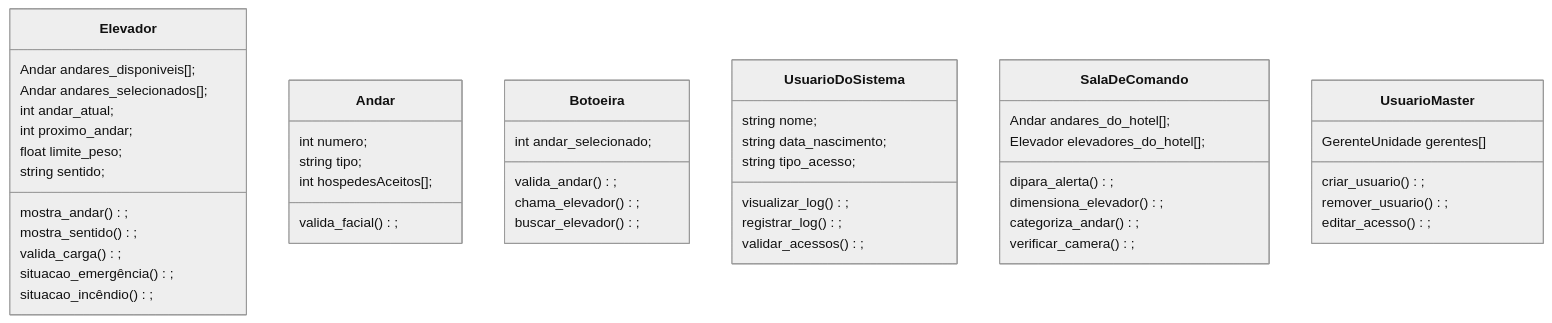
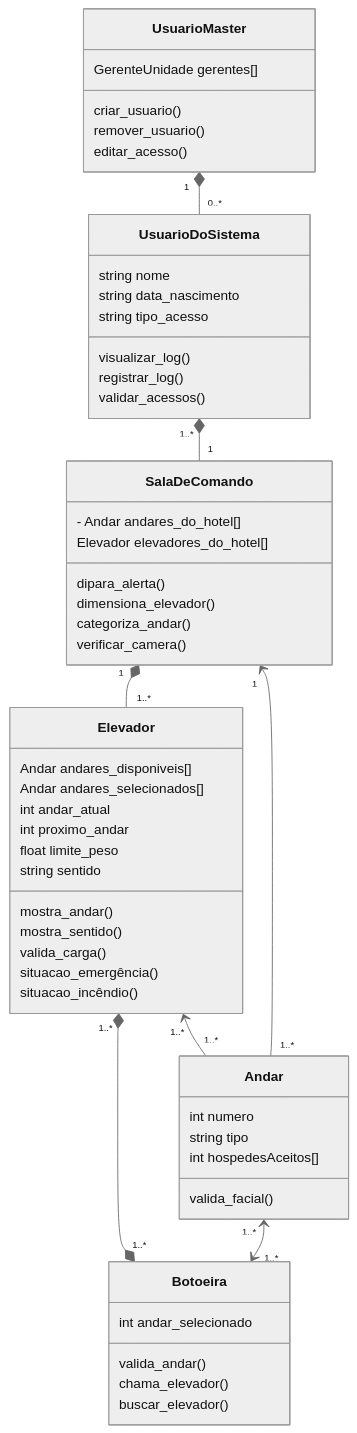
One commit to HenriqueFinatti/Modelagem_De_Software_Projeto_2 changed the diagram in Diagramas/Classes/classes.md. Above: the diagram before and after it, drawn with Mermaid (neutral theme). The commit also changed 2 other files, not shown here.

Commit message:
diagrama de classe

````diff
--- a/Diagramas/Classes/classes.md
+++ b/Diagramas/Classes/classes.md
@@ -1,58 +1,64 @@
 ```mermaid
 classDiagram
 
 class Elevador{
-    Andar andares_disponiveis[];
-    Andar andares_selecionados[];
-    int andar_atual;
-    int proximo_andar;
-    float limite_peso;
-    string sentido;
-    mostra_andar();
-    mostra_sentido();  
-    valida_carga(); 
-    situacao_emergência();
-    situacao_incêndio();   
+    Andar andares_disponiveis[]
+    Andar andares_selecionados[]
+    int andar_atual
+    int proximo_andar
+    float limite_peso
+    string sentido
+    mostra_andar()
+    mostra_sentido()  
+    valida_carga() 
+    situacao_emergência()
+    situacao_incêndio()   
 }
 
 class Andar{
-    int numero;
-    string tipo;
-    int hospedesAceitos[];
-    valida_facial();
+    int numero
+    string tipo
+    int hospedesAceitos[]
+    valida_facial()
 }
 
 class Botoeira{
-    int andar_selecionado;
-    valida_andar();
-    chama_elevador();
-    buscar_elevador();
+    int andar_selecionado
+    valida_andar()
+    chama_elevador()
+    buscar_elevador()
 }
 
 class UsuarioDoSistema{
-    string nome;
-    string data_nascimento;
-    string tipo_acesso;
-    visualizar_log();
-    registrar_log();
-    validar_acessos();
+    string nome
+    string data_nascimento
+    string tipo_acesso
+    visualizar_log()
+    registrar_log()
+    validar_acessos()
 }
 
 class SalaDeComando{
-    Andar andares_do_hotel[];
-    Elevador elevadores_do_hotel[];
-    dipara_alerta();
-    dimensiona_elevador();
-    categoriza_andar();
-    verificar_camera();
-    
+    - Andar andares_do_hotel[]
+    Elevador elevadores_do_hotel[]
+    dipara_alerta()
+    dimensiona_elevador()
+    categoriza_andar()
+    verificar_camera()
 }
-
 
 class UsuarioMaster{
     GerenteUnidade gerentes[]
-    criar_usuario();
-    remover_usuario();
-    editar_acesso();
+    criar_usuario()
+    remover_usuario()
+    editar_acesso()
 }
+
+UsuarioMaster "1" *-- "0..*" UsuarioDoSistema
+UsuarioDoSistema "1..*" *-- "1" SalaDeComando
+SalaDeComando "1" *-- "1..*" Elevador
+SalaDeComando "1" <-- "1..*" Andar
+Elevador "1..*" *--* "1..*" Botoeira
+Andar "1..*" <--> "1..*" Botoeira
+Elevador "1..*" <-- "1..*" Andar
 ```
````
